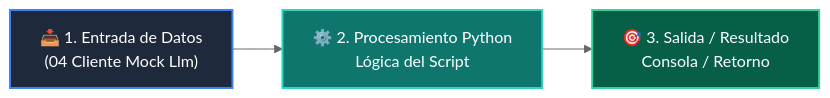
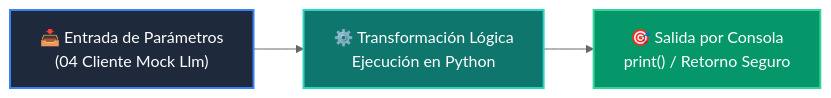
The diagram in 03-agentes-ia/clase-01-fundamentos-llm-tokenizacion/ejemplos/ejemplo_04_cliente_mock_llm/README.md (wisrovi/wisrovi-python), drawn with Mermaid (neutral theme) before and after one commit. The commit also changed other lines of this file and 226 other files, not shown here.

Commit message:
docs: elevate all repository READMEs to world-class mastery standard with rich pedagogical architecture, custom Mermaids, and professional styling

````diff
--- a/03-agentes-ia/clase-01-fundamentos-llm-tokenizacion/ejemplos/ejemplo_04_cliente_mock_llm/README.md
+++ b/03-agentes-ia/clase-01-fundamentos-llm-tokenizacion/ejemplos/ejemplo_04_cliente_mock_llm/README.md
@@ -12,9 +19,9 @@
 ```mermaid
 flowchart LR
-    A["📥 1. Entrada de Datos<br/>(04 Cliente Mock Llm)"] --> B["⚙️ 2. Procesamiento Python<br/>Lógica del Script"]
-    B --> C["🎯 3. Salida / Resultado<br/>Consola / Retorno"]
+    A["📥 Entrada de Parámetros<br/>(04 Cliente Mock Llm)"] --> B["⚙️ Transformación Lógica<br/>Ejecución en Python"]
+    B --> C["🎯 Salida por Consola<br/>print() / Retorno Seguro"]
 
-    style A fill:#1e293b,color:#fff,stroke:#3b82f6,stroke-width:2px
-    style B fill:#0f766e,color:#fff,stroke:#2dd4bf,stroke-width:2px
-    style C fill:#065f46,color:#fff,stroke:#34d399,stroke-width:2px
+    style A fill:#1e293b,color:#ffffff,stroke:#3b82f6,stroke-width:2px
+    style B fill:#0f766e,color:#ffffff,stroke:#2dd4bf,stroke-width:2px
+    style C fill:#059669,color:#ffffff,stroke:#34d399,stroke-width:2px
 ```
````
